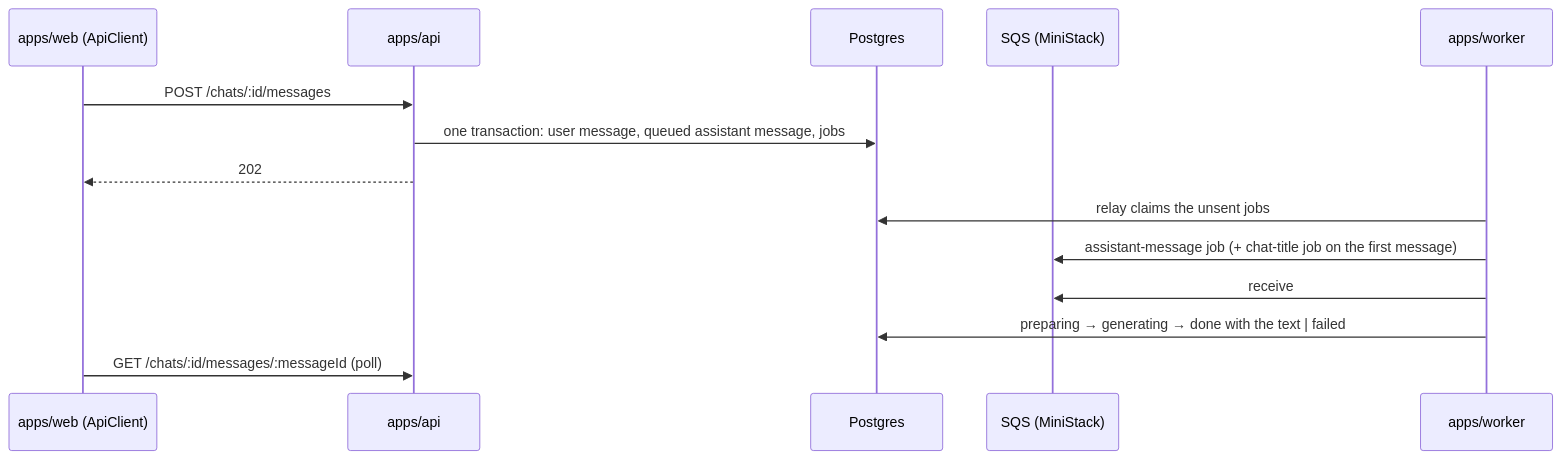
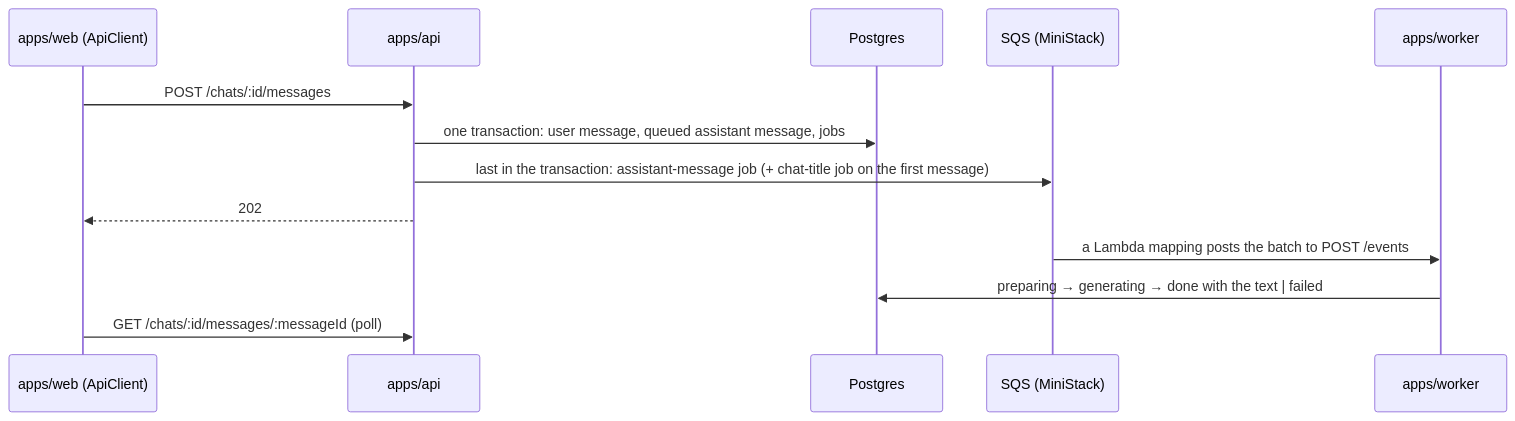
The first of 3 diagrams in README.md (khotei/app-template), drawn with Mermaid before and after one commit. The commit also changed other lines of this file and 99 other files, not shown here.

First line of the commit message:
:sparkles: feat(lambda): Run the worker behind an SQS Lambda mapping (#28)

````diff
--- a/README.md
+++ b/README.md
@@ -31,16 +31,15 @@
 ```mermaid
 sequenceDiagram
   participant W as apps/web (ApiClient)
   participant A as apps/api
   participant S as Postgres
   participant Q as SQS (MiniStack)
   participant K as apps/worker
   W->>A: POST /chats/:id/messages
   A->>S: one transaction: user message, queued assistant message, jobs
+  A->>Q: last in the transaction: assistant-message job (+ chat-title job on the first message)
   A-->>W: 202
-  K->>S: relay claims the unsent jobs
-  K->>Q: assistant-message job (+ chat-title job on the first message)
-  K->>Q: receive
+  Q->>K: a Lambda mapping posts the batch to POST /events
   K->>S: preparing → generating → done with the text | failed
   W->>A: GET /chats/:id/messages/:messageId (poll)
 ```
````
